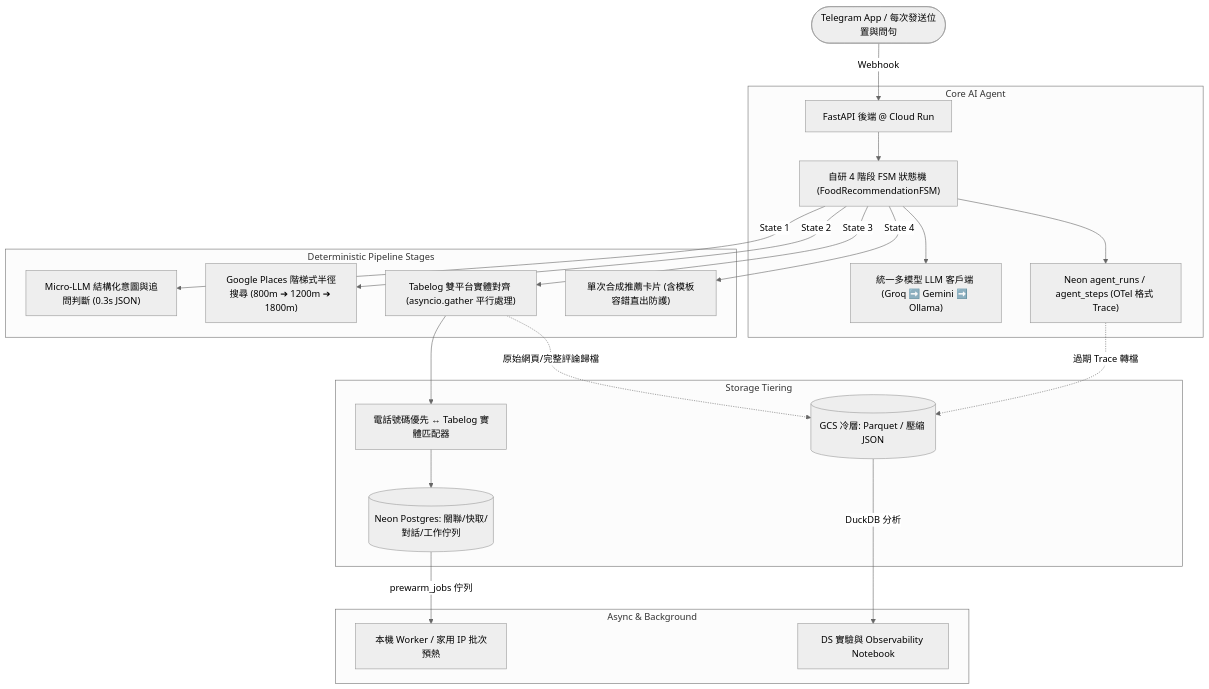
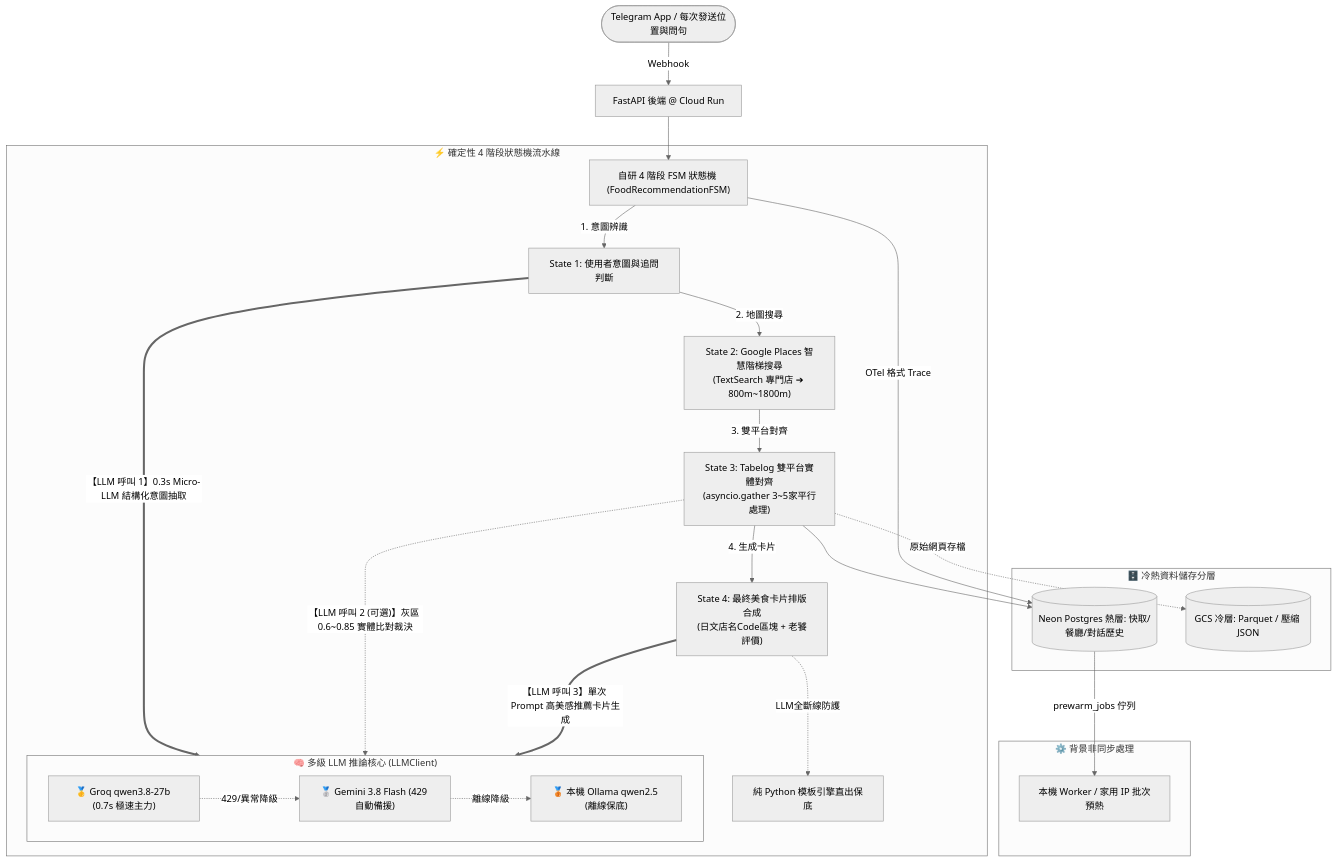
Before and after one commit to AnnieeLiuu/pickforme: the diagram in README.md, drawn with Mermaid (neutral theme). The commit also changed 1 other file, not shown here.

Commit message:
docs: clarify LLM invocation points in system architecture diagram

````diff
--- a/README.md
+++ b/README.md
@@ -39,30 +39,37 @@
 ```mermaid
 graph TD
     User(["Telegram App / 每次發送位置與問句"]) -->|Webhook| Server["FastAPI 後端 @ Cloud Run"]
+    Server --> FSM["自研 4 階段 FSM 狀態機 (FoodRecommendationFSM)"]
     
-    subgraph Core AI Agent
-        Server --> FSM["自研 4 階段 FSM 狀態機 (FoodRecommendationFSM)"]
-        FSM --> LLMClient["統一多模型 LLM 客戶端 (Groq ➡️ Gemini ➡️ Ollama)"]
-        FSM --> TraceLogger["Neon agent_runs / agent_steps (OTel 格式 Trace)"]
+    subgraph MultiTierLLM ["🧠 多級 LLM 推論核心 (LLMClient)"]
+        Groq["🥇 Groq qwen3.8-27b (0.7s 極速主力)"]
+        Gemini["🥈 Gemini 3.8 Flash (429 自動備援)"]
+        Ollama["🥉 本機 Ollama qwen2.5 (離線保底)"]
+        Groq -.->|429/異常降級| Gemini
+        Gemini -.->|離線降級| Ollama
+    end
+
+    subgraph DeterministicPipeline ["⚡ 確定性 4 階段狀態機流水線"]
+        FSM -->|1. 意圖辨識| S1["State 1: 使用者意圖與追問判斷"]
+        S1 -->|2. 地圖搜尋| S2["State 2: Google Places 智慧階梯搜尋<br/>(TextSearch 專門店 ➔ 800m~1800m)"]
+        S2 -->|3. 雙平台對齊| S3["State 3: Tabelog 雙平台實體對齊<br/>(asyncio.gather 3~5家平行處理)"]
+        S3 -->|4. 生成卡片| S4["State 4: 最終美食卡片排版合成<br/>(日文店名Code區塊 + 老饕評價)"]
+        
+        %% 明確標註 LLM 在哪裡被調用
+        S1 ==>|"【LLM 呼叫 1】0.3s Micro-LLM 結構化意圖抽取"| MultiTierLLM
+        S3 -.->|"【LLM 呼叫 2 (可選)】灰區 0.6~0.85 實體比對裁決"| MultiTierLLM
+        S4 ==>|"【LLM 呼叫 3】單次 Prompt 高美感推薦卡片生成"| MultiTierLLM
+        
+        S4 -.->|LLM全斷線防護| Fallback["純 Python 模板引擎直出保底"]
     end
     
-    subgraph Deterministic Pipeline Stages
-        FSM -->|State 1| S1["Micro-LLM 結構化意圖與追問判斷 (0.3s JSON)"]
-        FSM -->|State 2| S2["Google Places 階梯式半徑搜尋 (800m ➔ 1200m ➔ 1800m)"]
-        FSM -->|State 3| S3["Tabelog 雙平台實體對齊 (asyncio.gather 平行處理)"]
-        FSM -->|State 4| S4["單次合成推薦卡片 (含模板容錯直出防護)"]
-    end
-    
-    subgraph Storage Tiering
-        S3 --> EntityMatch["電話號碼優先 ↔ Tabelog 實體匹配器"]
-        EntityMatch --> HotDB[("Neon Postgres: 關聯/快取/對話/工作佇列")]
-        
-        S3 -.->|原始網頁/完整評論歸檔| ColdStorage[("GCS 冷層: Parquet / 壓縮 JSON")]
-        TraceLogger -.->|過期 Trace 轉檔| ColdStorage
+    subgraph StorageTiering ["🗄️ 冷熱資料儲存分層"]
+        S3 --> HotDB[("Neon Postgres 熱層: 快取/餐廳/對話歷史")]
+        S3 -.->|原始網頁存檔| ColdStorage[("GCS 冷層: Parquet / 壓縮 JSON")]
+        FSM -->|OTel 格式 Trace| HotDB
     end
 
-    subgraph Async & Background
+    subgraph AsyncWorker ["⚙️ 背景非同步處理"]
         HotDB -->|prewarm_jobs 佇列| LocalWorker["本機 Worker / 家用 IP 批次預熱"]
-        ColdStorage -->|DuckDB 分析| Notebook["DS 實驗與 Observability Notebook"]
     end
 ```
````
